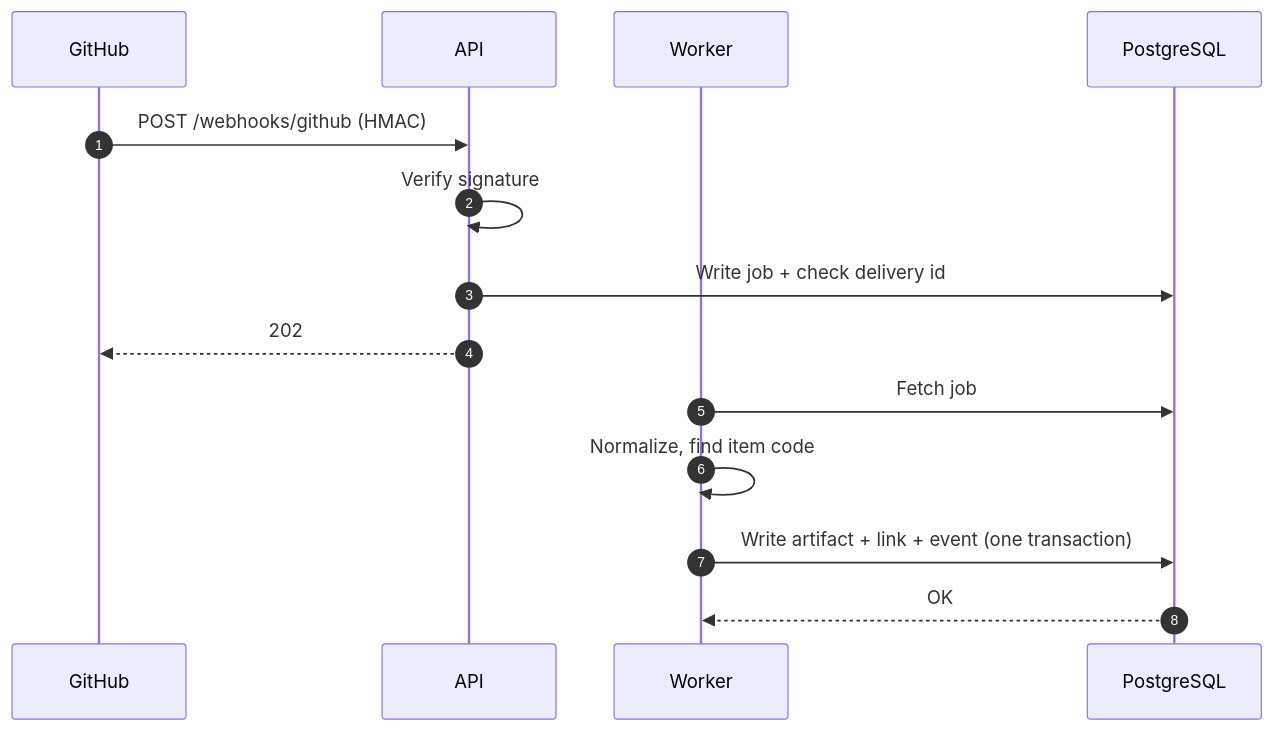
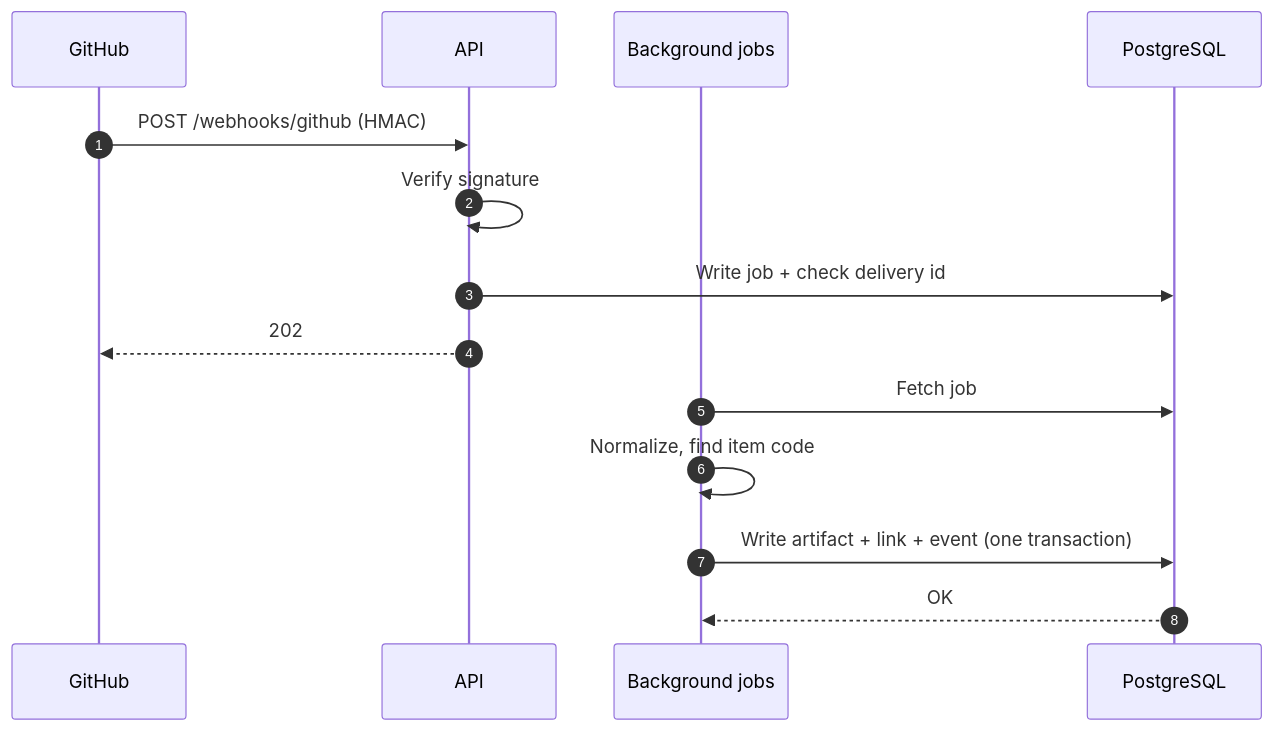
One commit to tungld9999blacksmith/Strata changed diagram 19 of 21 in README.md. Above: the diagram before and after it, drawn with Mermaid. The commit also changed other lines of this file and 3 other files, not shown here.

````diff
--- a/README.md
+++ b/README.md
@@ -1265,16 +1316,16 @@
 ```mermaid
 sequenceDiagram
     autonumber
     participant GH as GitHub
     participant API as API
-    participant W as Worker
+    participant W as Background jobs
     participant DB as PostgreSQL
     GH->>API: POST /webhooks/github (HMAC)
     API->>API: Verify signature
     API->>DB: Write job + check delivery id
     API-->>GH: 202
     W->>DB: Fetch job
     W->>W: Normalize, find item code
     W->>DB: Write artifact + link + event (one transaction)
     DB-->>W: OK
 ```
````
